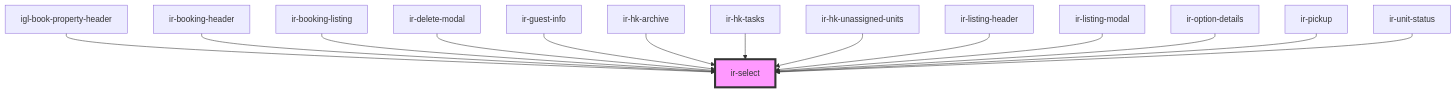
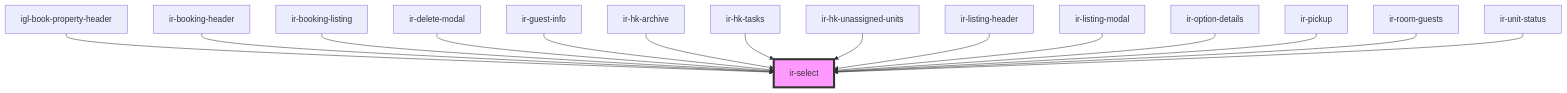
Before and after one commit to David1Chowaifaty/modified-ir-webcmp: the diagram in src/components/ir-select/readme.md, drawn with Mermaid. The commit also changed other lines of this file and 28 other files, not shown here.

````diff
--- a/src/components/ir-select/readme.md
+++ b/src/components/ir-select/readme.md
@@ -60,17 +61,18 @@
 ```mermaid
 graph TD;
   igl-book-property-header --> ir-select
   ir-booking-header --> ir-select
   ir-booking-listing --> ir-select
   ir-delete-modal --> ir-select
   ir-guest-info --> ir-select
   ir-hk-archive --> ir-select
   ir-hk-tasks --> ir-select
   ir-hk-unassigned-units --> ir-select
   ir-listing-header --> ir-select
   ir-listing-modal --> ir-select
   ir-option-details --> ir-select
   ir-pickup --> ir-select
+  ir-room-guests --> ir-select
   ir-unit-status --> ir-select
   style ir-select fill:#f9f,stroke:#333,stroke-width:4px
 ```
````
